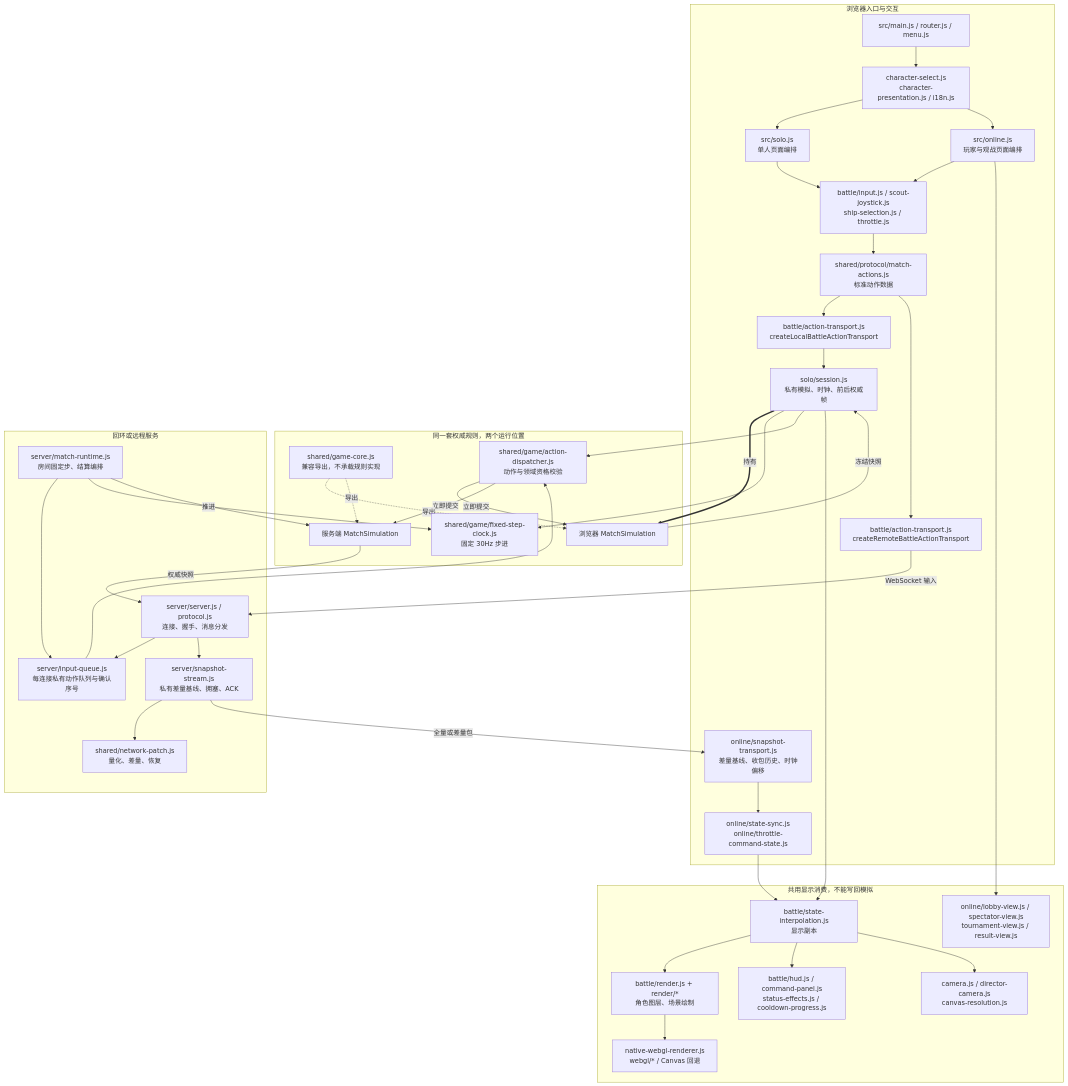
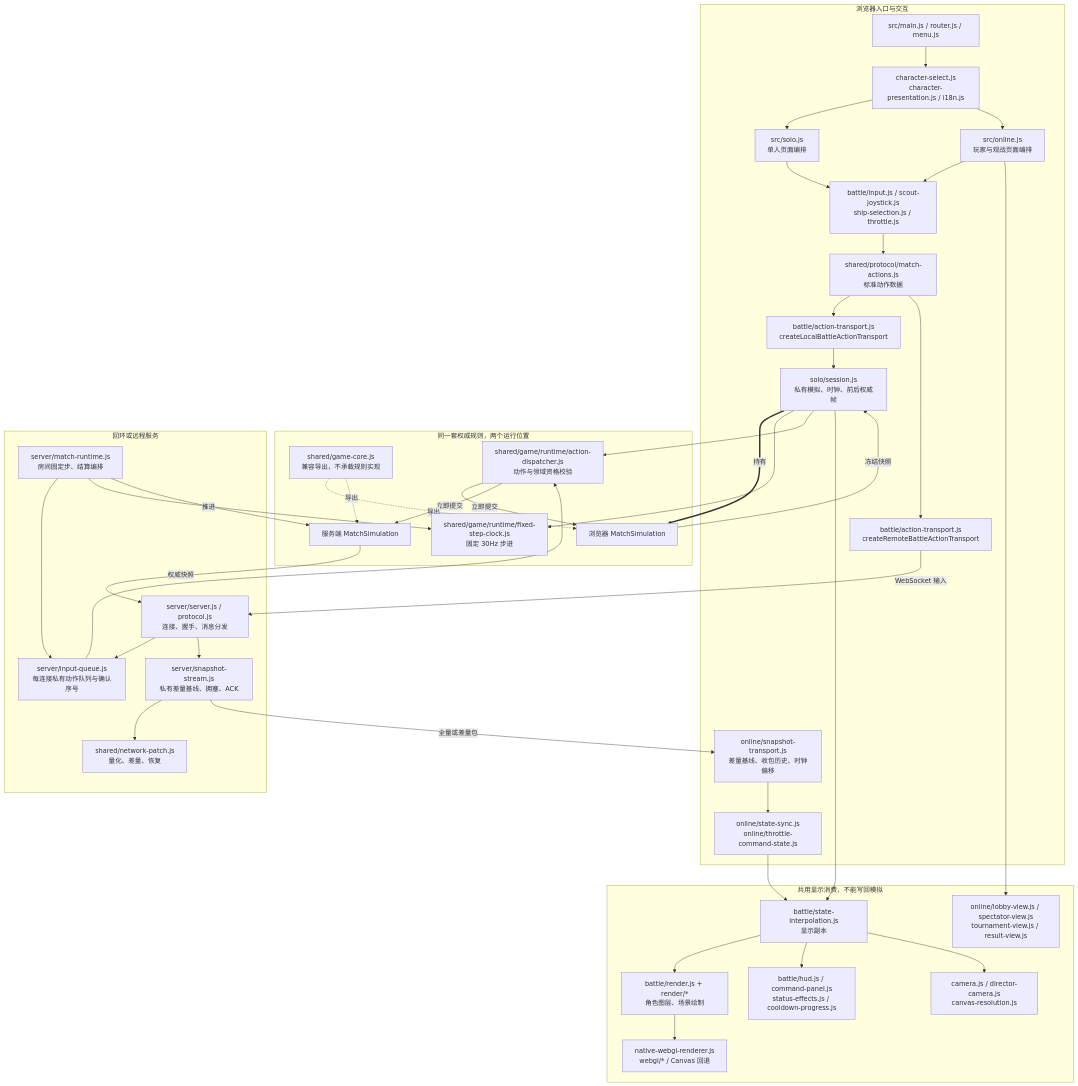
Before and after one commit to Haruhi-Labs/TDOS: the first of 9 diagrams in docs/architecture-map.md, drawn with Mermaid. The commit also changed other lines of this file and 270 other files, not shown here.

````diff
--- a/docs/architecture-map.md
+++ b/docs/architecture-map.md
@@ -11,66 +11,66 @@
 ```mermaid
 flowchart TB
   subgraph client[浏览器入口与交互]
     menu["src/main.js / router.js / menu.js"]
     select["character-select.js<br/>character-presentation.js / i18n.js"]
     solo["src/solo.js<br/>单人页面编排"]
     online["src/online.js<br/>玩家与观战页面编排"]
     input["battle/input.js / scout-joystick.js<br/>ship-selection.js / throttle.js"]
     actions["shared/protocol/match-actions.js<br/>标准动作数据"]
     local["battle/action-transport.js<br/>createLocalBattleActionTransport"]
     remote["battle/action-transport.js<br/>createRemoteBattleActionTransport"]
     session["solo/session.js<br/>私有模拟、时钟、前后权威帧"]
     transport["online/snapshot-transport.js<br/>差量基线、收包历史、时钟偏移"]
     sync["online/state-sync.js<br/>online/throttle-command-state.js"]
   end
   subgraph authority[同一套权威规则，两个运行位置]
     localMatch["浏览器 MatchSimulation"]
     serverMatch["服务端 MatchSimulation"]
     core["shared/game-core.js<br/>兼容导出，不承载规则实现"]
-    clock["shared/game/fixed-step-clock.js<br/>固定 30Hz 步进"]
-    dispatch["shared/game/action-dispatcher.js<br/>动作与领域资格校验"]
+    clock["shared/game/runtime/fixed-step-clock.js<br/>固定 30Hz 步进"]
+    dispatch["shared/game/runtime/action-dispatcher.js<br/>动作与领域资格校验"]
   end
   subgraph server[回环或远程服务]
     ws["server/server.js / protocol.js<br/>连接、握手、消息分发"]
     queue["server/input-queue.js<br/>每连接私有动作队列与确认序号"]
     runtime["server/match-runtime.js<br/>房间固定步、结算编排"]
     stream["server/snapshot-stream.js<br/>私有差量基线、拥塞、ACK"]
     patch["shared/network-patch.js<br/>量化、差量、恢复"]
   end
   subgraph presentation[共用显示消费，不能写回模拟]
     interpolation["battle/state-interpolation.js<br/>显示副本"]
     hud["battle/hud.js / command-panel.js<br/>status-effects.js / cooldown-progress.js"]
     render["battle/render.js + render/*<br/>角色图层、场景绘制"]
     gpu["native-webgl-renderer.js<br/>webgl/* / Canvas 回退"]
     camera["camera.js / director-camera.js<br/>canvas-resolution.js"]
     views["online/lobby-view.js / spectator-view.js<br/>tournament-view.js / result-view.js"]
   end
   menu --> select
   select --> solo & online
   solo & online --> input
   input --> actions
   actions --> local & remote
   local --> session
   session ==>|持有| localMatch
   session --> clock
   remote -->|WebSocket 输入| ws
   ws --> queue
   runtime --> queue
   runtime --> clock
   queue --> dispatch
   session --> dispatch
   dispatch -->|立即提交| localMatch & serverMatch
   runtime -->|推进| serverMatch
   core -.->|导出| localMatch & serverMatch
   localMatch -->|冻结快照| session
   serverMatch -->|权威快照| ws
   ws --> stream
   stream --> patch
   stream -->|全量或差量包| transport
   transport --> sync
   sync --> interpolation
   session --> interpolation
   interpolation --> render & hud & camera
   render --> gpu
   online --> views
 ```
````
